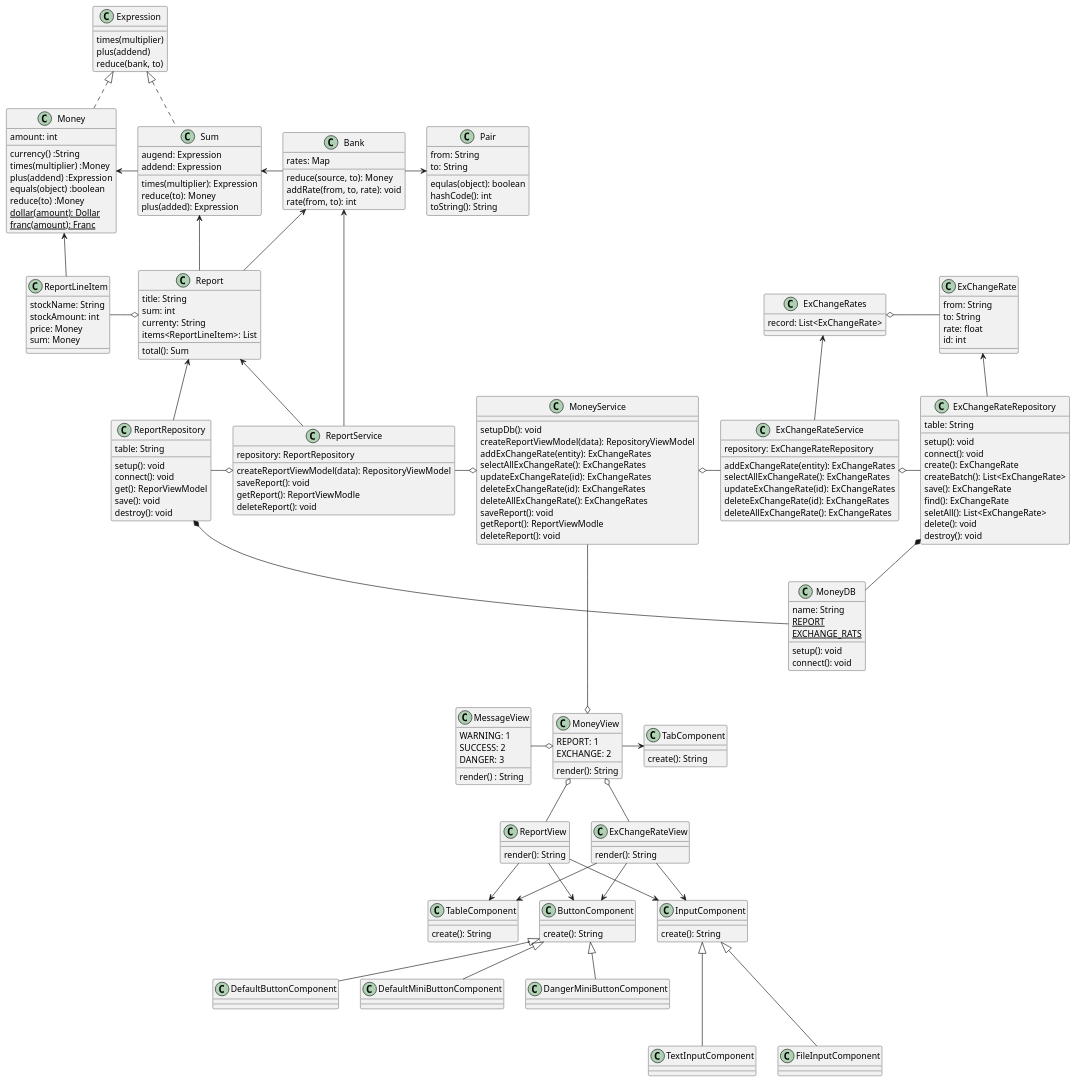
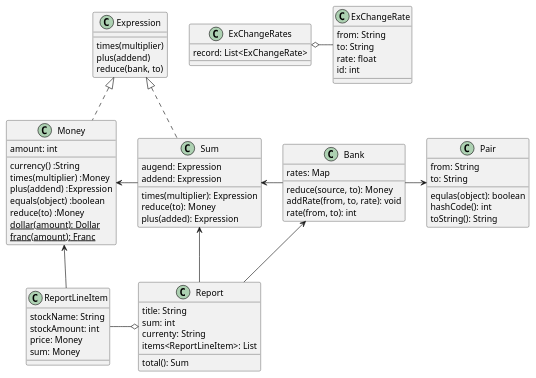
One commit to hiroshima-arc/pragmatic_programing changed the sixth of 6 diagrams in docs/src/spec/the_money_example.adoc. Above: the diagram before and after it, drawn with PlantUML. The commit also changed other lines of this file and 16 other files, not shown here.

```diff
--- a/docs/src/spec/the_money_example.adoc
+++ b/docs/src/spec/the_money_example.adoc
@@ -86,5 +287,6 @@
 [plantuml]
 ----
+
 class Expression {
   times(multiplier)
   plus(addend)
@@ -142,89 +344,6 @@
 class ExChangeRates {
   record: List<ExChangeRate>
 }
-class MoneyService {
-  setupDb(): void
-  createReportViewModel(data): RepositoryViewModel
-  addExChangeRate(entity): ExChangeRates
-  selectAllExChangeRate(): ExChangeRates
-  updateExChangeRate(id):  ExChangeRates
-  deleteExChangeRate(id): ExChangeRates
-  deleteAllExChangeRate(): ExChangeRates
-  saveReport(): void
-  getReport(): ReportViewModle
-  deleteReport(): void
-}
-class ReportService {
-  repository: ReportRepository
-  createReportViewModel(data): RepositoryViewModel
-  saveReport(): void
-  getReport(): ReportViewModle
-  deleteReport(): void
-}
-class ExChangeRateService {
-  repository: ExChangeRateRepository
-  addExChangeRate(entity): ExChangeRates
-  selectAllExChangeRate(): ExChangeRates
-  updateExChangeRate(id):  ExChangeRates
-  deleteExChangeRate(id): ExChangeRates
-  deleteAllExChangeRate(): ExChangeRates
-}
-class MoneyDB {
-  name: String
-  {static}REPORT
-  {static}EXCHANGE_RATS
-  setup(): void
-  connect(): void
-}
-class ReportRepository {
-  table: String
-  setup(): void
-  connect(): void
-  get(): ReporViewModel
-  save(): void
-  destroy(): void
-}
-class ExChangeRateRepository {
-  table: String
-  setup(): void
-  connect(): void
-  create(): ExChangeRate
-  createBatch(): List<ExChangeRate>
-  save(): ExChangeRate
-  find(): ExChangeRate
-  seletAll(): List<ExChangeRate>
-  delete(): void
-  destroy(): void
-}
-class MoneyView {
-  REPORT: 1
-  EXCHANGE: 2
-  render(): String
-}
-class ReportView {
-  render(): String
-}
-class ExChangeRateView {
-  render(): String
-}
-class TabComponent {
-  create(): String
-}
-class TableComponent {
-  create(): String
-}
-class ButtonComponent {
-  create(): String
-}
-class InputComponent {
-  create(): String
-}
-class MessageView {
-  WARNING: 1
-  SUCCESS: 2
-  DANGER: 3
-  render() : String
-}
 Expression <|.. Money
 Expression <|.. Sum
 Money <- Sum
@@ -234,32 +353,5 @@
 Sum <-- Report
 Money <-- ReportLineItem
 ExChangeRates o- ExChangeRate
-ReportService -o MoneyService 
-MoneyService o- ExChangeRateService
-ExChangeRates <-- ExChangeRateService
-ExChangeRate <-- ExChangeRateRepository
-ReportRepository -o ReportService
-Report <- ReportRepository
-ExChangeRateService o- ExChangeRateRepository
-ReportRepository *-- MoneyDB 
-ExChangeRateRepository *-- MoneyDB 
 ReportLineItem -o Report
-Report <-- ReportService
-Bank <-- ReportService
-MoneyService ---o MoneyView
-MoneyView o-- ExChangeRateView
-MoneyView o-- ReportView
-MoneyView -> TabComponent
-MessageView -o MoneyView
-ReportView --> TableComponent
-ReportView --> ButtonComponent 
-ReportView --> InputComponent
-ExChangeRateView --> TableComponent
-ExChangeRateView --> ButtonComponent
-ExChangeRateView --> InputComponent
-ButtonComponent <|-- DefaultButtonComponent
-ButtonComponent <|-- DefaultMiniButtonComponent
-ButtonComponent <|-- DangerMiniButtonComponent
-InputComponent <|--- FileInputComponent
-InputComponent <|--- TextInputComponent
 ----
```
